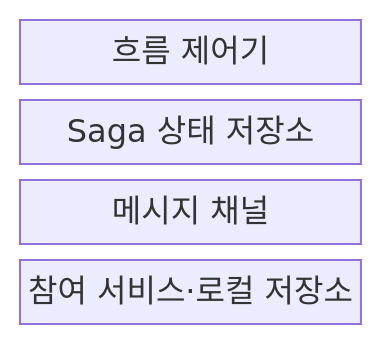
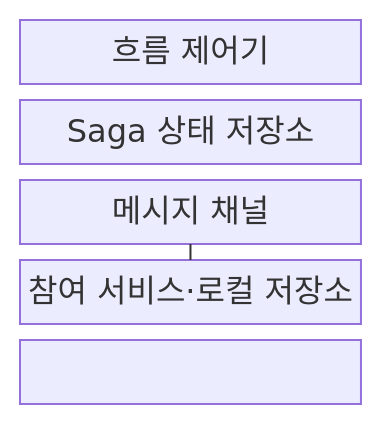
The first of 2 diagrams in src/content/docs/notes/03-software/044_saga_pattern.md (agnusdei1207/knowledge-base), drawn with Mermaid before and after one commit. The commit also changed other lines of this file and 238 other files, not shown here.

````diff
--- a/src/content/docs/notes/03-software/044_saga_pattern.md
+++ b/src/content/docs/notes/03-software/044_saga_pattern.md
@@ -62,8 +62,10 @@
 ```mermaid
-block
+block-beta
   columns 1
   F["흐름 제어기"]
   T["Saga 상태 저장소"]
   M["메시지 채널"]
   P["참여 서비스·로컬 저장소"]
+  F --- T --- M
+  M --- P
 ```
````
